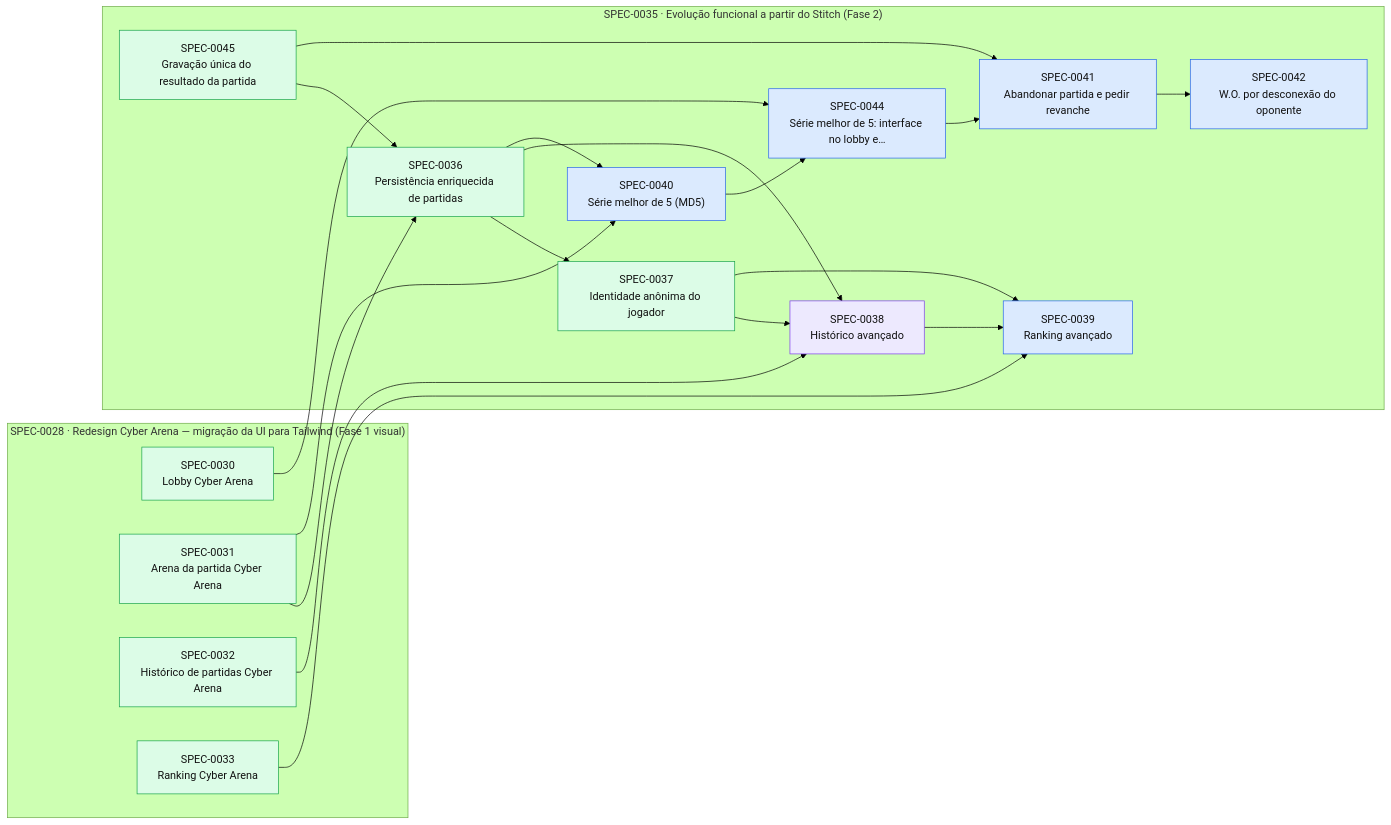
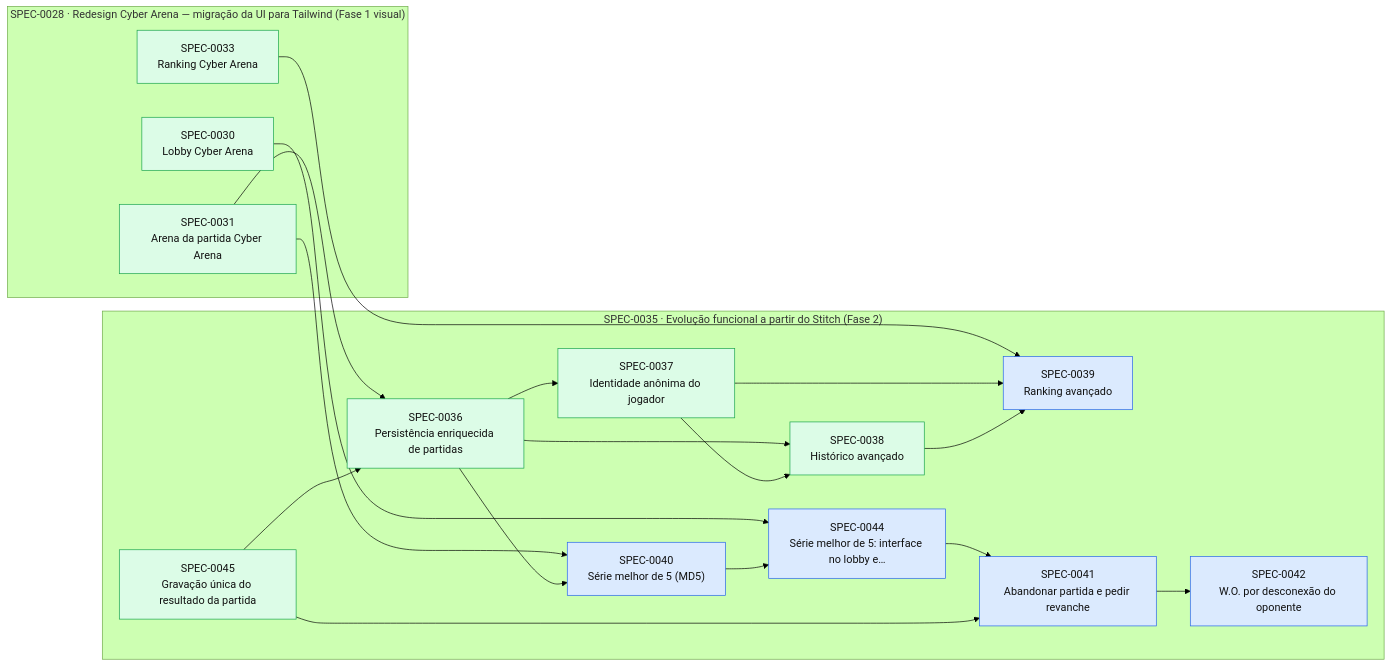
The diagram in docs/specs/INDEX.md (thomasravache/jogo-da-velha-multiplayer), drawn with Mermaid (forest theme) before and after one commit. The commit also changed other lines of this file and 2 other files, not shown here.

First line of the commit message:
docs(specs): fechar SPEC-0038 (relatório de entrega e CHANGELOG)

````diff
--- a/docs/specs/INDEX.md
+++ b/docs/specs/INDEX.md
@@ -41,41 +40,39 @@
 ```mermaid
 flowchart LR
   subgraph E0028["SPEC-0028 · Redesign Cyber Arena — migração da UI para Tailwind (Fase 1 visual)"]
     S0030["SPEC-0030<br/>Lobby Cyber Arena"]:::implemented
     S0031["SPEC-0031<br/>Arena da partida Cyber Arena"]:::implemented
-    S0032["SPEC-0032<br/>Histórico de partidas Cyber Arena"]:::implemented
     S0033["SPEC-0033<br/>Ranking Cyber Arena"]:::implemented
   end
   subgraph E0035["SPEC-0035 · Evolução funcional a partir do Stitch (Fase 2)"]
     S0036["SPEC-0036<br/>Persistência enriquecida de partidas"]:::implemented
     S0037["SPEC-0037<br/>Identidade anônima do jogador"]:::implemented
-    S0038["SPEC-0038<br/>Histórico avançado"]:::inprogress
+    S0038["SPEC-0038<br/>Histórico avançado"]:::implemented
     S0039["SPEC-0039<br/>Ranking avançado"]:::approved
     S0040["SPEC-0040<br/>Série melhor de 5 (MD5)"]:::approved
     S0041["SPEC-0041<br/>Abandonar partida e pedir revanche"]:::approved
     S0042["SPEC-0042<br/>W.O. por desconexão do oponente"]:::approved
     S0044["SPEC-0044<br/>Série melhor de 5: interface no lobby e…"]:::approved
     S0045["SPEC-0045<br/>Gravação única do resultado da partida"]:::implemented
   end
   S0031 --> S0036
   S0045 --> S0036
   S0036 --> S0037
-  S0032 --> S0038
   S0036 --> S0038
   S0037 --> S0038
   S0033 --> S0039
   S0037 --> S0039
   S0038 --> S0039
   S0031 --> S0040
   S0036 --> S0040
   S0044 --> S0041
   S0045 --> S0041
   S0041 --> S0042
   S0030 --> S0044
   S0040 --> S0044
   classDef proposed fill:#fef3c7,stroke:#d97706,color:#111
   classDef approved fill:#dbeafe,stroke:#2563eb,color:#111
   classDef inprogress fill:#ede9fe,stroke:#7c3aed,color:#111
   classDef implemented fill:#dcfce7,stroke:#16a34a,color:#111
   classDef deprecated fill:#f3f4f6,stroke:#9ca3af,color:#6b7280
 ```
````
